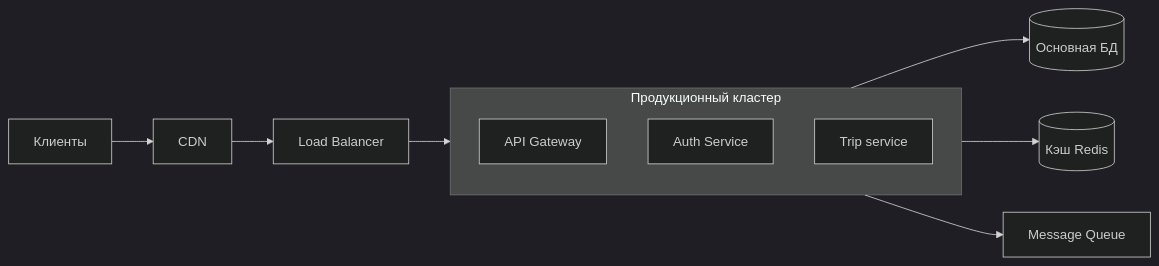
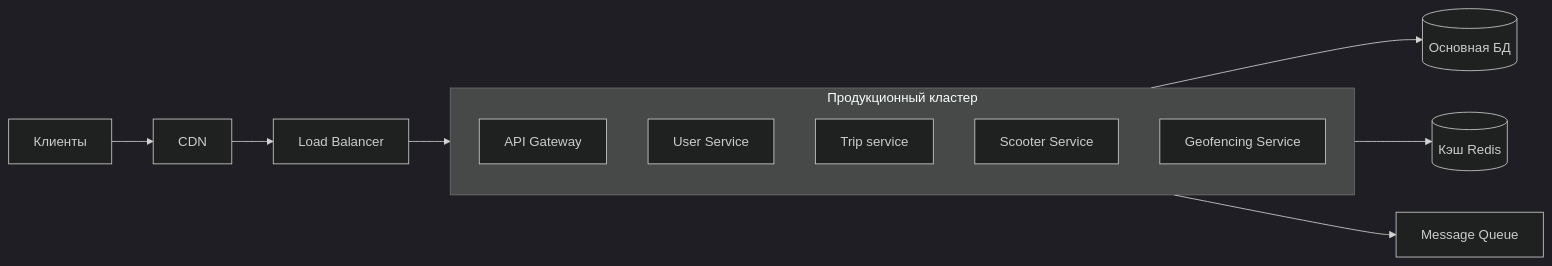
Before and after one commit to sinitsina098-hash/new-catalog: the diagram in arkhitekturnoe-kata-prakticheskoe-rukovodstv/shering-elektrosamokatov/arkhitekturnoe-kata.mermaid, drawn with Mermaid (dark theme). The commit also changed 2 other files, not shown here.

```diff
--- a/arkhitekturnoe-kata-prakticheskoe-rukovodstv/shering-elektrosamokatov/arkhitekturnoe-kata.mermaid
+++ b/arkhitekturnoe-kata-prakticheskoe-rukovodstv/shering-elektrosamokatov/arkhitekturnoe-kata.mermaid
@@ -1,14 +1,16 @@
 graph LR
     CLIENT[Клиенты] --> CDN[CDN]
     CDN --> LB[Load Balancer]
     LB --> K8S[Kubernetes Cluster]
     
     subgraph K8S [Продукционный кластер]
         API[API Gateway]
-        AUTH[Auth Service]
+        USER[User Service]
         TRIP[Trip service]
+        SCOOT[Scooter Service]
+        GEO[Geofencing Service]
     end
     
     K8S --> DB[(Основная БД)]
     K8S --> CACHE[(Кэш Redis)]
     K8S --> MQ[Message Queue]
```
